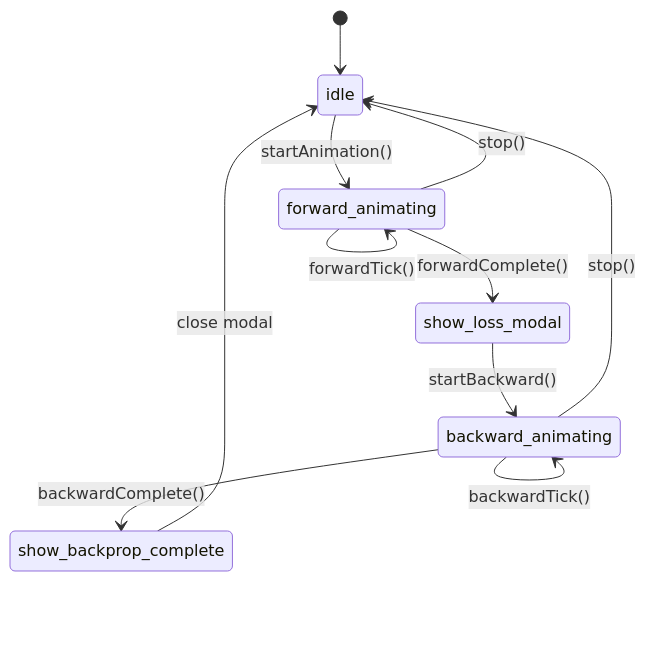
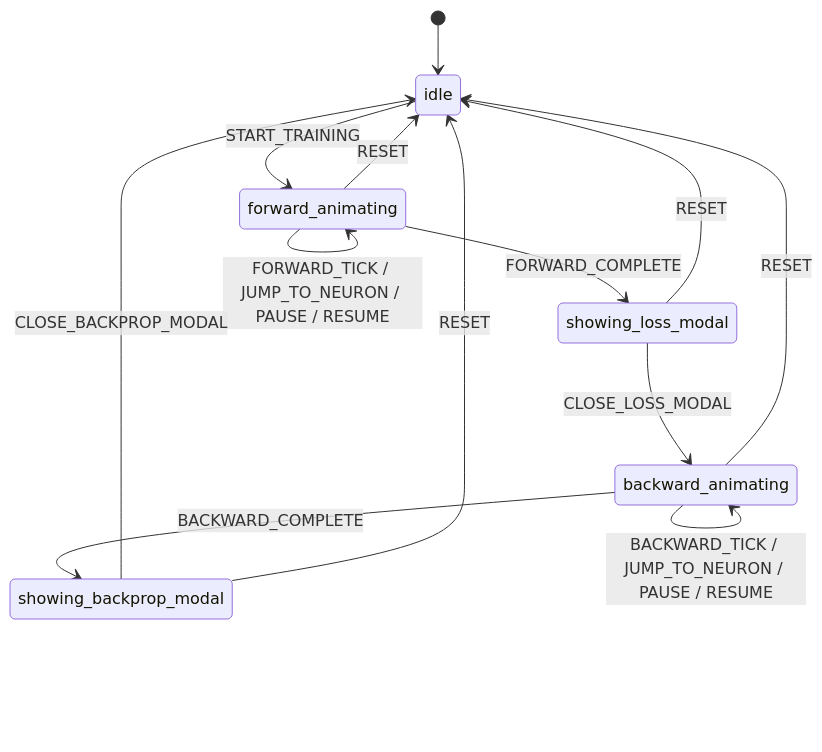
Before and after one commit to ofcbj/nn-book: the fourth of 4 diagrams in doc/code_architecture.md, drawn with Mermaid. The commit also changed other lines of this file and 48 other files, not shown here.

````diff
--- a/doc/code_architecture.md
+++ b/doc/code_architecture.md
@@ -218,17 +252,19 @@
 ```mermaid
 stateDiagram-v2
     [*] --> idle
-    
-    idle --> forward_animating: startAnimation()
-    forward_animating --> forward_animating: forwardTick()
-    forward_animating --> show_loss_modal: forwardComplete()
-    
-    show_loss_modal --> backward_animating: startBackward()
-    backward_animating --> backward_animating: backwardTick()
-    backward_animating --> show_backprop_complete: backwardComplete()
-    
-    show_backprop_complete --> idle: close modal
-    
-    forward_animating --> idle: stop()
-    backward_animating --> idle: stop()
+
+    idle --> forward_animating: START_TRAINING
+    forward_animating --> forward_animating: FORWARD_TICK / JUMP_TO_NEURON / PAUSE / RESUME
+    forward_animating --> showing_loss_modal: FORWARD_COMPLETE
+
+    showing_loss_modal --> backward_animating: CLOSE_LOSS_MODAL
+    backward_animating --> backward_animating: BACKWARD_TICK / JUMP_TO_NEURON / PAUSE / RESUME
+    backward_animating --> showing_backprop_modal: BACKWARD_COMPLETE
+
+    showing_backprop_modal --> idle: CLOSE_BACKPROP_MODAL
+
+    forward_animating --> idle: RESET
+    backward_animating --> idle: RESET
+    showing_loss_modal --> idle: RESET
+    showing_backprop_modal --> idle: RESET
 ```
````
